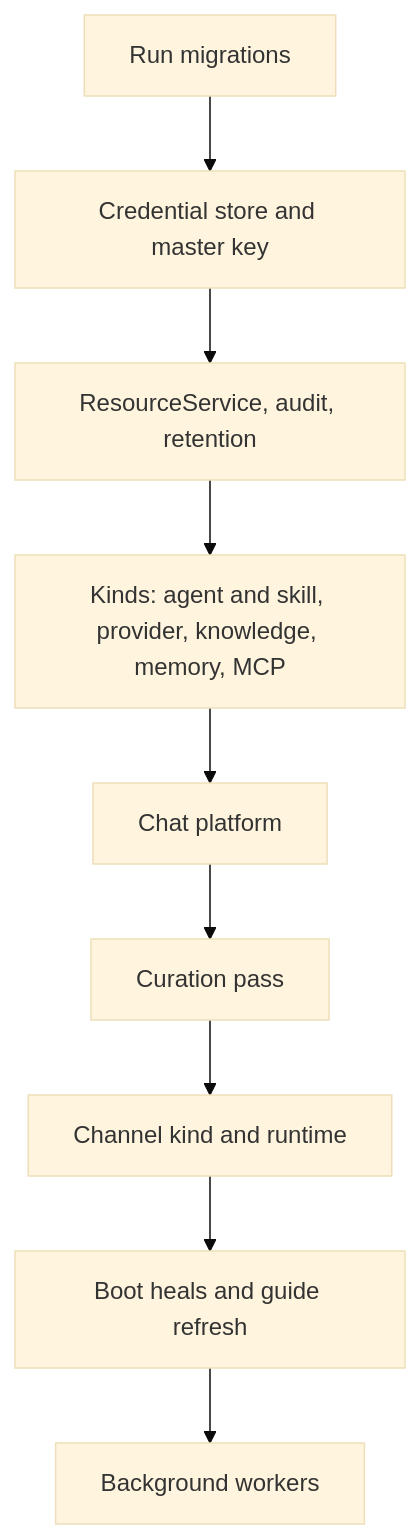
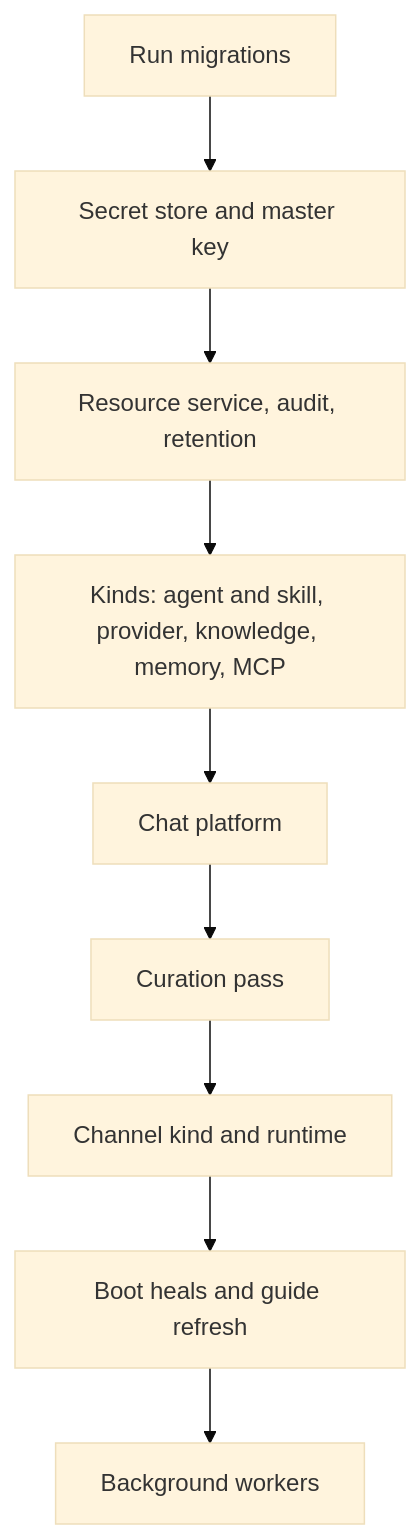
The second of 2 diagrams in docs-site/architecture/layering.md (wyx-sg/Coffer), drawn with Mermaid (base theme) before and after one commit. The commit also changed other lines of this file and 4384 other files, not shown here.

````diff
--- a/docs-site/architecture/layering.md
+++ b/docs-site/architecture/layering.md
@@ -93,11 +84,11 @@
 ```mermaid
 flowchart TB
-  M["Run migrations"] --> C["Credential store and master key"]
-  C --> R["ResourceService, audit, retention"]
+  M["Run migrations"] --> C["Secret store and master key"]
+  C --> R["Resource service, audit, retention"]
   R --> K["Kinds: agent and skill, provider, knowledge, memory, MCP"]
   K --> CH["Chat platform"]
   CH --> CU["Curation pass"]
   CU --> CN["Channel kind and runtime"]
   CN --> H["Boot heals and guide refresh"]
   H --> W["Background workers"]
 ```
````
